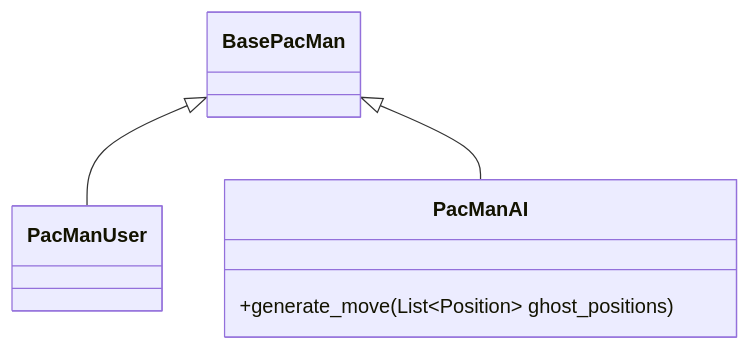
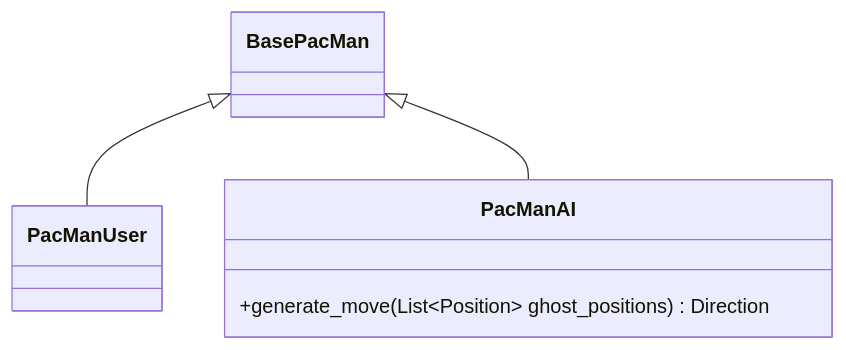
The third of 5 diagrams in core/structure.md (GrandTiger1729/pac-man), drawn with Mermaid before and after one commit. The commit also changed other lines of this file and 4 other files, not shown here.

````diff
--- a/core/structure.md
+++ b/core/structure.md
@@ -58,16 +65,16 @@
 ```mermaid
 classDiagram
 
     class BasePacMan {
 
     }
     class PacManUser {
 
     }
     class PacManAI {
-        +generate_move(List~Position~ ghost_positions)
+        +generate_move(List~Position~ ghost_positions) Direction
     }
 
     BasePacMan <|-- PacManUser
     BasePacMan <|-- PacManAI
 ```
````
